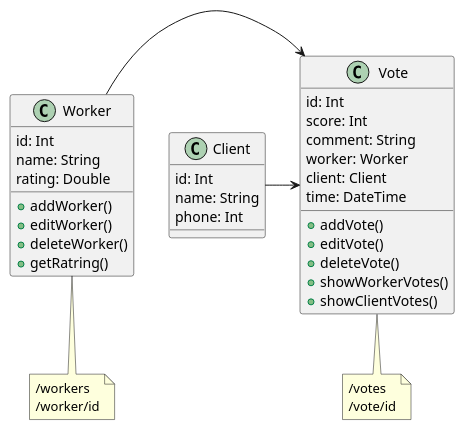
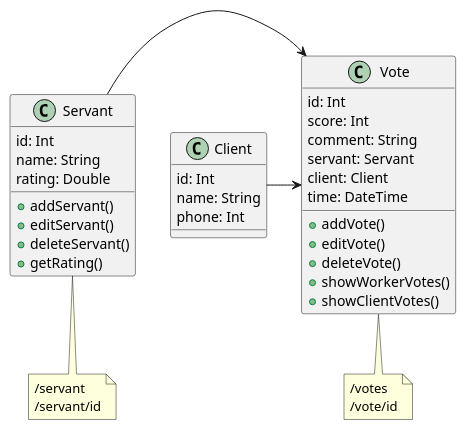
One commit to simenshteyn/feedr_app changed the diagram in docs/diagrams/src/scheme.plantuml. Above: the diagram before and after it, drawn with PlantUML. The commit also changed 2 other files, not shown here.

Commit message:
working servant GET POST PUT DELETE

```diff
--- a/docs/diagrams/src/scheme.plantuml
+++ b/docs/diagrams/src/scheme.plantuml
@@ -3,41 +3,41 @@
 @startuml FeedrScheme
 class Vote {
     id: Int
     score: Int
     comment: String
-    worker: Worker
+    servant: Servant
     client: Client
     time: DateTime
     +addVote()
     +editVote()
     +deleteVote()
     +showWorkerVotes()
     +showClientVotes()
 }
 note bottom of Vote
   /votes
   /vote/id
 end note
 
-class Worker {
+class Servant {
     id: Int
     name: String
     rating: Double
-    +addWorker()
-    +editWorker()
-    +deleteWorker()
-    +getRatring()
+    +addServant()
+    +editServant()
+    +deleteServant()
+    +getRating()
 }
-note bottom of Worker
-  /workers
-  /worker/id
+note bottom of Servant
+  /servant
+  /servant/id
 end note
 
 class Client {
     id: Int
     name: String
     phone: Int
 }
-Worker -> Vote
+Servant -> Vote
 Client -> Vote
 @enduml
```
